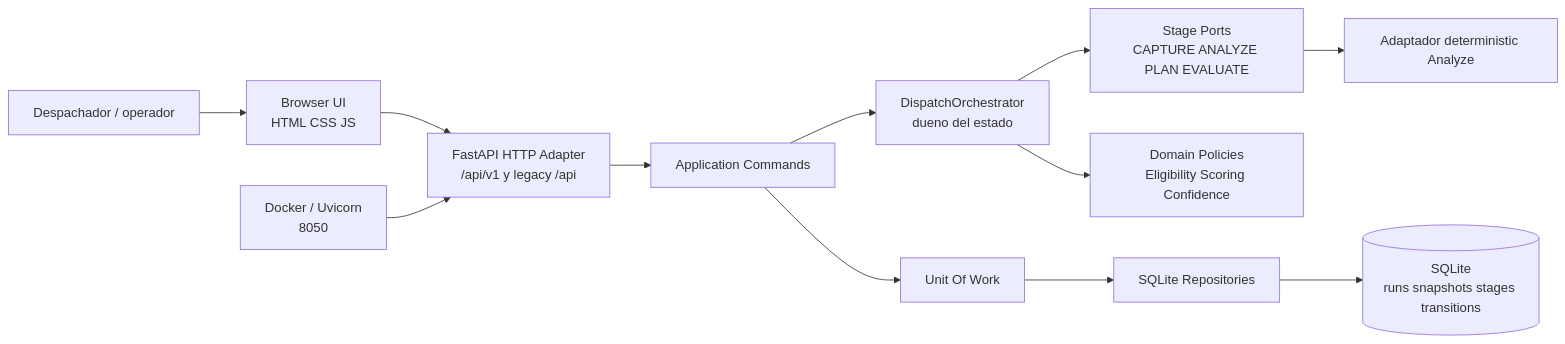
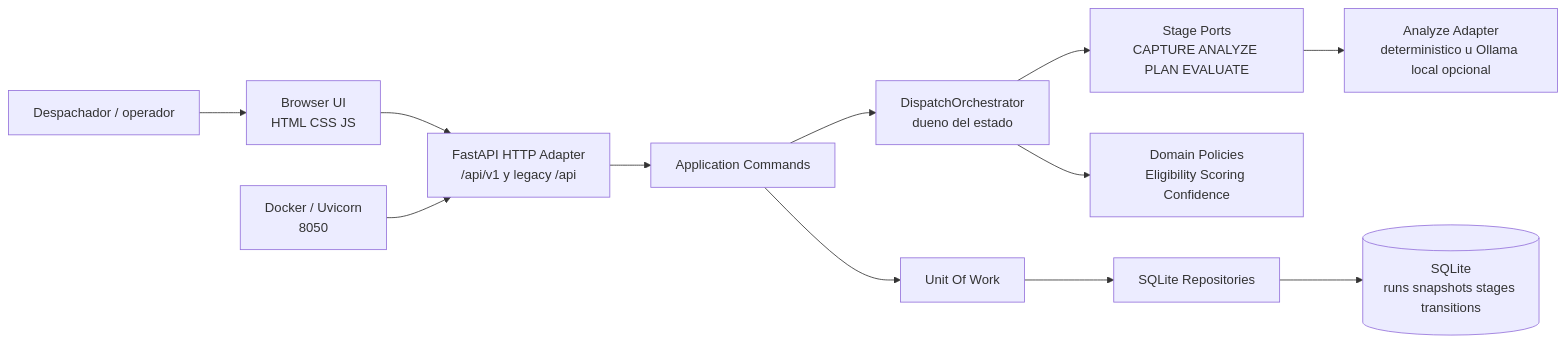
The first of 3 diagrams in docs/final-report-ready.md (rossanny25/smart-dispatch), drawn with Mermaid before and after one commit. The commit also changed other lines of this file and 52 other files, not shown here.

````diff
--- a/docs/final-report-ready.md
+++ b/docs/final-report-ready.md
@@ -78,14 +79,14 @@
 ```mermaid
 flowchart LR
   User["Despachador / operador"] --> Browser["Browser UI<br/>HTML CSS JS"]
   Browser --> API["FastAPI HTTP Adapter<br/>/api/v1 y legacy /api"]
   API --> Commands["Application Commands"]
   Commands --> Orchestrator["DispatchOrchestrator<br/>dueno del estado"]
   Orchestrator --> Stages["Stage Ports<br/>CAPTURE ANALYZE PLAN EVALUATE"]
-  Stages --> Analyze["Adaptador deterministic Analyze"]
+  Stages --> Analyze["Analyze Adapter<br/>deterministico u Ollama local opcional"]
   Orchestrator --> Policies["Domain Policies<br/>Eligibility Scoring Confidence"]
   Commands --> UOW["Unit Of Work"]
   UOW --> Repos["SQLite Repositories"]
   Repos --> DB[("SQLite<br/>runs snapshots stages transitions")]
   Runtime["Docker / Uvicorn<br/>8050"] --> API
 ```
````
